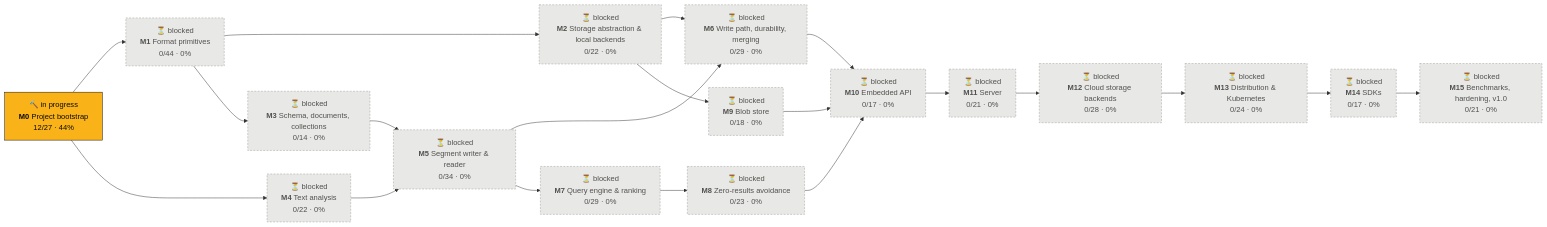
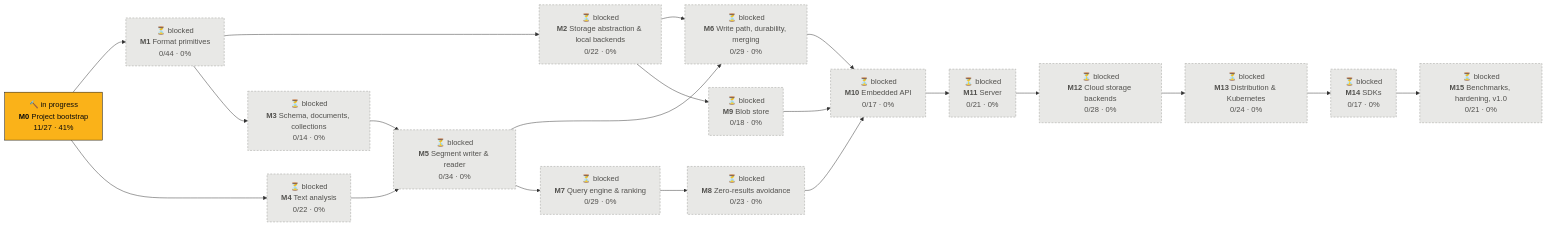
Before and after one commit to tomiok/persiaDB: the first of 2 diagrams in PROGRESS.md, drawn with Mermaid. The commit also changed other lines of this file and 4 other files, not shown here.

Commit message:
ci: PR workflow with fmt, clippy, tests (Linux+macOS), deny and repo checks (ROADMAP 0.2.1, 0.3.5.2)

````diff
--- a/PROGRESS.md
+++ b/PROGRESS.md
@@ -14,42 +14,42 @@
 ```mermaid
 flowchart LR
-  M0["🔨 in progress<br/><b>M0</b> Project bootstrap<br/>12/27 · 44%"]:::doing
+  M0["🔨 in progress<br/><b>M0</b> Project bootstrap<br/>11/27 · 41%"]:::doing
   M1["⏳ blocked<br/><b>M1</b> Format primitives<br/>0/44 · 0%"]:::blocked
   M2["⏳ blocked<br/><b>M2</b> Storage abstraction & local backends<br/>0/22 · 0%"]:::blocked
   M3["⏳ blocked<br/><b>M3</b> Schema, documents, collections<br/>0/14 · 0%"]:::blocked
   M4["⏳ blocked<br/><b>M4</b> Text analysis<br/>0/22 · 0%"]:::blocked
   M5["⏳ blocked<br/><b>M5</b> Segment writer & reader<br/>0/34 · 0%"]:::blocked
   M6["⏳ blocked<br/><b>M6</b> Write path, durability, merging<br/>0/29 · 0%"]:::blocked
   M7["⏳ blocked<br/><b>M7</b> Query engine & ranking<br/>0/29 · 0%"]:::blocked
   M8["⏳ blocked<br/><b>M8</b> Zero-results avoidance<br/>0/23 · 0%"]:::blocked
   M9["⏳ blocked<br/><b>M9</b> Blob store<br/>0/18 · 0%"]:::blocked
   M10["⏳ blocked<br/><b>M10</b> Embedded API<br/>0/17 · 0%"]:::blocked
   M11["⏳ blocked<br/><b>M11</b> Server<br/>0/21 · 0%"]:::blocked
   M12["⏳ blocked<br/><b>M12</b> Cloud storage backends<br/>0/28 · 0%"]:::blocked
   M13["⏳ blocked<br/><b>M13</b> Distribution & Kubernetes<br/>0/24 · 0%"]:::blocked
   M14["⏳ blocked<br/><b>M14</b> SDKs<br/>0/17 · 0%"]:::blocked
   M15["⏳ blocked<br/><b>M15</b> Benchmarks, hardening, v1.0<br/>0/21 · 0%"]:::blocked
   M0 --> M1
   M1 --> M2
   M1 --> M3
   M0 --> M4
   M3 --> M5
   M4 --> M5
   M2 --> M6
   M5 --> M6
   M5 --> M7
   M7 --> M8
   M2 --> M9
   M6 --> M10
   M8 --> M10
   M9 --> M10
   M10 --> M11
   M11 --> M12
   M12 --> M13
   M13 --> M14
   M14 --> M15
   classDef done fill:#0ca30c,stroke:#0b0b0b,color:#0b0b0b
   classDef doing fill:#fab219,stroke:#0b0b0b,color:#0b0b0b
   classDef ready fill:#fcfcfb,stroke:#0b0b0b,stroke-width:2px,color:#0b0b0b
   classDef blocked fill:#e8e8e6,stroke:#9a9a96,stroke-dasharray:4 3,color:#52514e
 ```
````
